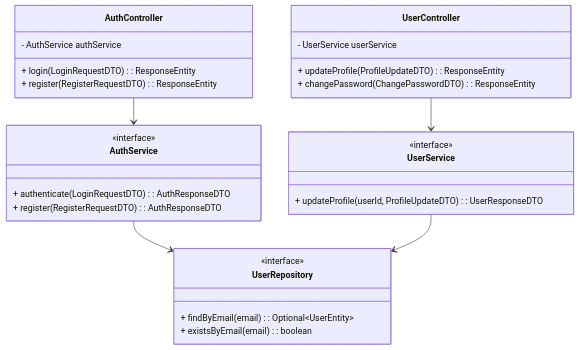
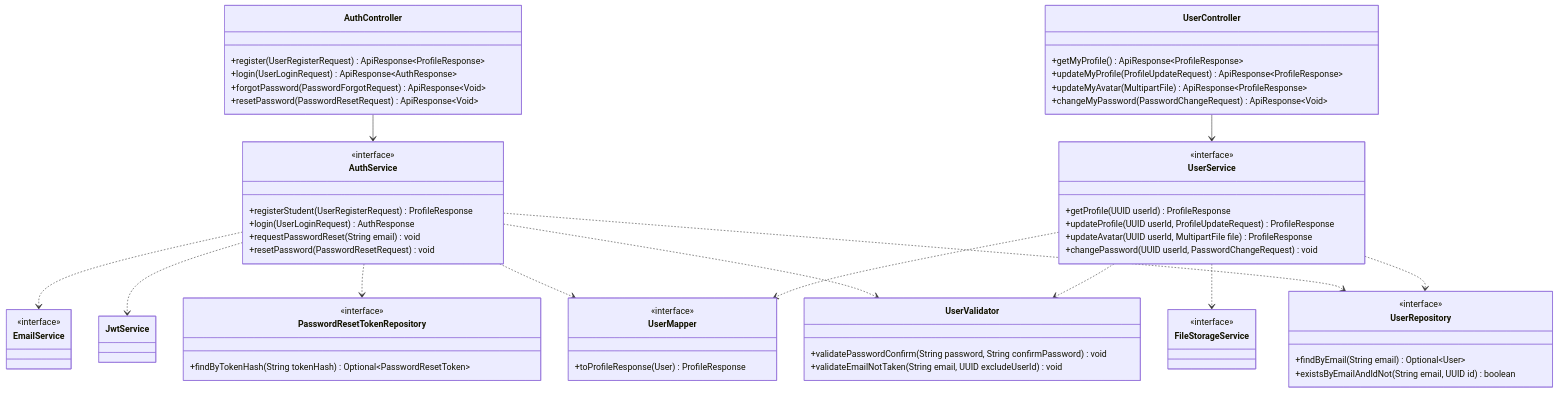
One commit to dungcony/e-learn changed the diagram in docs/design/auth-profile/lopthucthe.md. Above: the diagram before and after it, drawn with Mermaid. The commit also changed other lines of this file and 15 other files, not shown here.

````diff
--- a/docs/design/auth-profile/lopthucthe.md
+++ b/docs/design/auth-profile/lopthucthe.md
@@ -17,36 +84,74 @@
 ```mermaid
 classDiagram
     class AuthController {
-        - AuthService authService
-        + login(LoginRequestDTO): ResponseEntity
-        + register(RegisterRequestDTO): ResponseEntity
+        +register(UserRegisterRequest) ApiResponse~ProfileResponse~
+        +login(UserLoginRequest) ApiResponse~AuthResponse~
+        +forgotPassword(PasswordForgotRequest) ApiResponse~Void~
+        +resetPassword(PasswordResetRequest) ApiResponse~Void~
     }
-    
+
     class UserController {
-        - UserService userService
-        + updateProfile(ProfileUpdateDTO): ResponseEntity
-        + changePassword(ChangePasswordDTO): ResponseEntity
+        +getMyProfile() ApiResponse~ProfileResponse~
+        +updateMyProfile(ProfileUpdateRequest) ApiResponse~ProfileResponse~
+        +updateMyAvatar(MultipartFile) ApiResponse~ProfileResponse~
+        +changeMyPassword(PasswordChangeRequest) ApiResponse~Void~
     }
 
     class AuthService {
         <<interface>>
-        + authenticate(LoginRequestDTO): AuthResponseDTO
-        + register(RegisterRequestDTO): AuthResponseDTO
+        +registerStudent(UserRegisterRequest) ProfileResponse
+        +login(UserLoginRequest) AuthResponse
+        +requestPasswordReset(String email) void
+        +resetPassword(PasswordResetRequest) void
     }
 
     class UserService {
         <<interface>>
-        + updateProfile(userId, ProfileUpdateDTO): UserResponseDTO
+        +getProfile(UUID userId) ProfileResponse
+        +updateProfile(UUID userId, ProfileUpdateRequest) ProfileResponse
+        +updateAvatar(UUID userId, MultipartFile file) ProfileResponse
+        +changePassword(UUID userId, PasswordChangeRequest) void
+    }
+
+    class UserValidator {
+        +validatePasswordConfirm(String password, String confirmPassword) void
+        +validateEmailNotTaken(String email, UUID excludeUserId) void
     }
 
     class UserRepository {
         <<interface>>
-        + findByEmail(email): Optional~UserEntity~
-        + existsByEmail(email): boolean
+        +findByEmail(String email) Optional~User~
+        +existsByEmailAndIdNot(String email, UUID id) boolean
+    }
+
+    class PasswordResetTokenRepository {
+        <<interface>>
+        +findByTokenHash(String tokenHash) Optional~PasswordResetToken~
+    }
+
+    class UserMapper {
+        <<interface>>
+        +toProfileResponse(User) ProfileResponse
+    }
+
+    class JwtService
+    class EmailService {
+        <<interface>>
+    }
+    class FileStorageService {
+        <<interface>>
     }
 
     AuthController --> AuthService
     UserController --> UserService
-    AuthService --> UserRepository
-    UserService --> UserRepository
+    AuthService ..> UserRepository
+    AuthService ..> PasswordResetTokenRepository
+    AuthService ..> UserValidator
+    AuthService ..> UserMapper
+    AuthService ..> JwtService
+    AuthService ..> EmailService
+    UserService ..> UserRepository
+    UserService ..> UserValidator
+    UserService ..> UserMapper
+    UserService ..> FileStorageService
 ```
````
